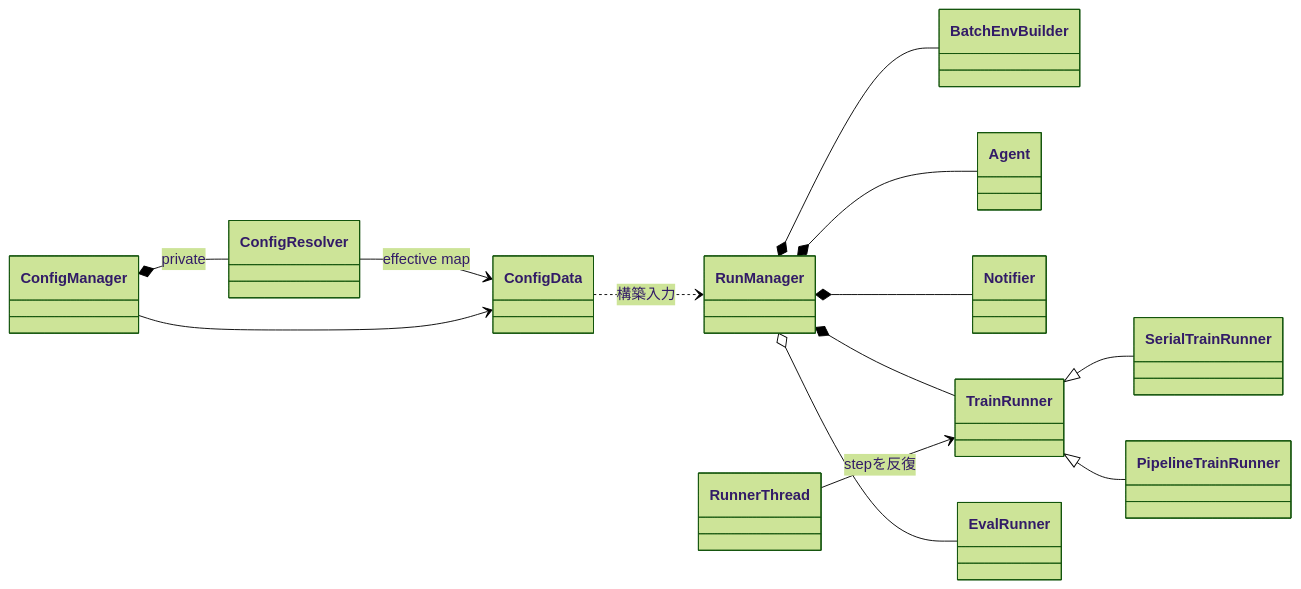
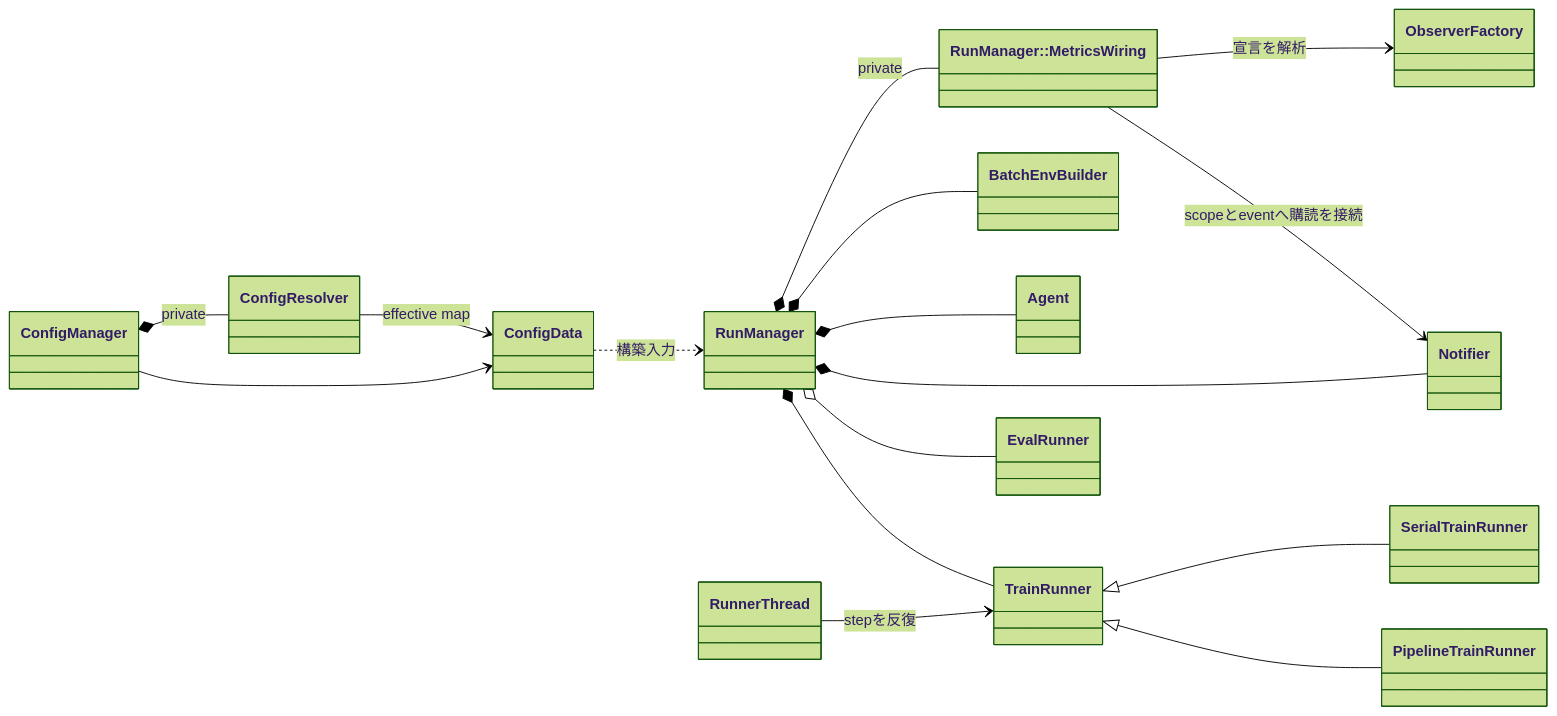
Before and after one commit to kazukin123/anet-lab: the first of 4 diagrams in docs/design/100_runtime_and_configuration.en.md, drawn with Mermaid (forest theme). The commit also changed other lines of this file and 21 other files, not shown here.

````diff
--- a/docs/design/100_runtime_and_configuration.en.md
+++ b/docs/design/100_runtime_and_configuration.en.md
@@ -120,30 +120,35 @@
 ```mermaid
 classDiagram
 direction LR
 
 class ConfigManager
 class ConfigResolver
 class ConfigData
 class RunManager
+class RunManagerMetricsWiring["RunManager::MetricsWiring"]
+class ObserverFactory
 class BatchEnvBuilder
 class Agent
 class Notifier
 class TrainRunner
 class SerialTrainRunner
 class PipelineTrainRunner
 class EvalRunner
 class RunnerThread
 
 ConfigManager *-- ConfigResolver : private
 ConfigResolver --> ConfigData : effective map
 ConfigManager --> ConfigData
 ConfigData ..> RunManager : 構築入力
 RunManager *-- BatchEnvBuilder
 RunManager *-- Agent
+RunManager *-- RunManagerMetricsWiring : private
+RunManagerMetricsWiring --> ObserverFactory : 宣言を解析
+RunManagerMetricsWiring --> Notifier : scopeとeventへ購読を接続
 RunManager *-- Notifier
 RunManager *-- TrainRunner
 RunManager o-- EvalRunner
 TrainRunner <|-- SerialTrainRunner
 TrainRunner <|-- PipelineTrainRunner
 RunnerThread --> TrainRunner : stepを反復
 ```
````
